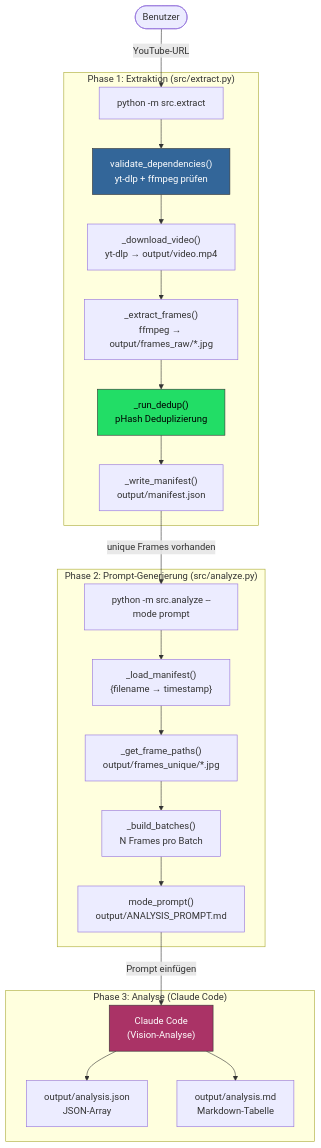
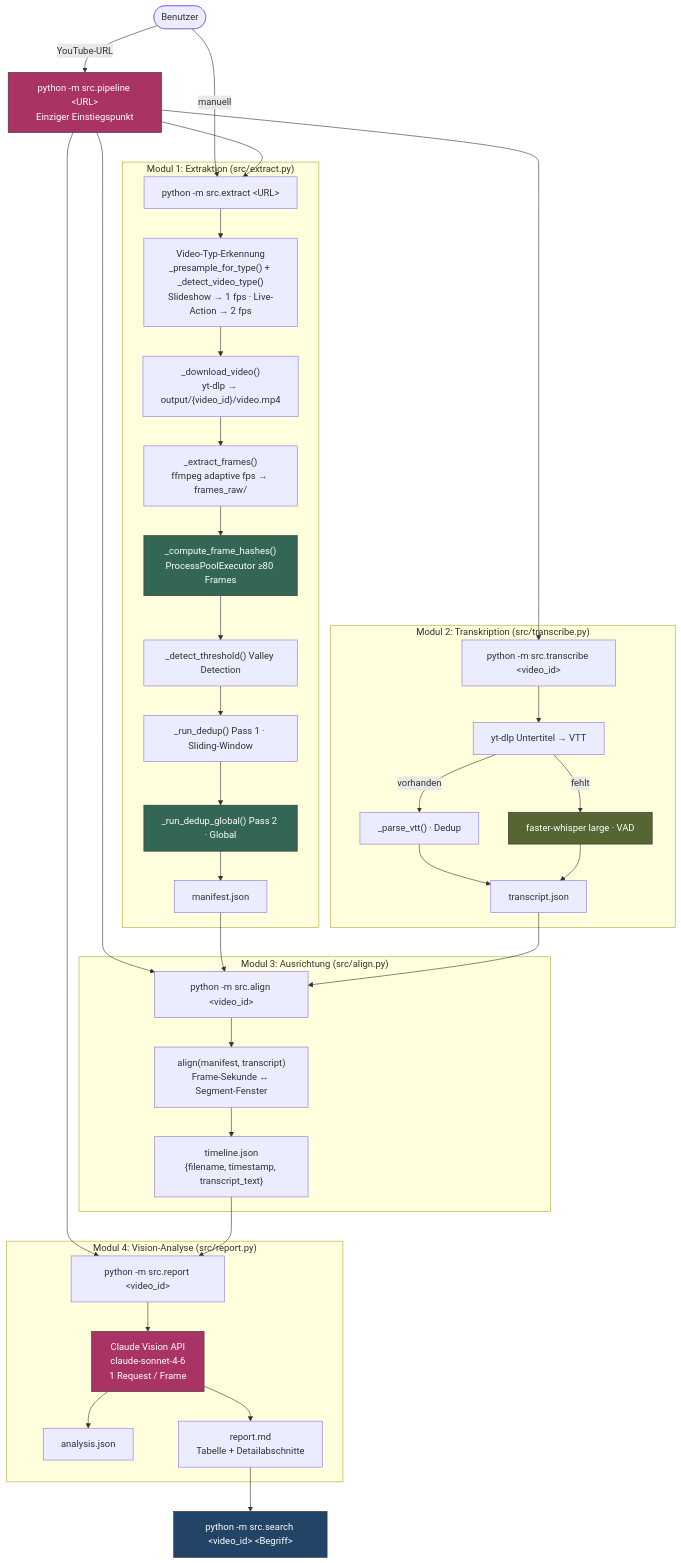
One commit to thomas0369/frame-sift changed the first of 7 diagrams in docs/architecture.md. Above: the diagram before and after it, drawn with Mermaid. The commit also changed other lines of this file and 14 other files, not shown here.

First line of the commit message:
feat: Pipeline-Implementierung mit Extraktion, Transkription, Ausrichtung und Analyse

````diff
--- a/docs/architecture.md
+++ b/docs/architecture.md
@@ -5,32 +5,51 @@
 ```mermaid
 flowchart TD
-    USER(["Benutzer"]) -->|"YouTube-URL"| EXTRACT["python -m src.extract"]
+    USER(["Benutzer"]) -->|"YouTube-URL"| PIPE["python -m src.pipeline &lt;URL&gt;\nEinziger Einstiegspunkt"]
+    USER -->|"manuell"| EXTRACT["python -m src.extract &lt;URL&gt;"]
 
-    subgraph "Phase 1: Extraktion (src/extract.py)"
-        EXTRACT --> VALIDATE["validate_dependencies()<br/>yt-dlp + ffmpeg prüfen"]
-        VALIDATE --> DL["_download_video()<br/>yt-dlp → output/video.mp4"]
-        DL --> FRAMES["_extract_frames()<br/>ffmpeg → output/frames_raw/*.jpg"]
-        FRAMES --> DEDUP["_run_dedup()<br/>pHash Deduplizierung"]
-        DEDUP --> MANIFEST["_write_manifest()<br/>output/manifest.json"]
+    PIPE --> EXTRACT
+    PIPE --> TRANSCRIBE["python -m src.transcribe &lt;video_id&gt;"]
+    PIPE --> ALIGN["python -m src.align &lt;video_id&gt;"]
+    PIPE --> REPORT["python -m src.report &lt;video_id&gt;"]
+
+    subgraph "Modul 1: Extraktion (src/extract.py)"
+        EXTRACT --> VT["Video-Typ-Erkennung\n_presample_for_type() + _detect_video_type()\nSlideshow → 1 fps · Live-Action → 2 fps"]
+        VT --> DL["_download_video()\nyt-dlp → output/{video_id}/video.mp4"]
+        DL --> FR["_extract_frames()\nffmpeg adaptive fps → frames_raw/"]
+        FR --> PH["_compute_frame_hashes()\nProcessPoolExecutor ≥80 Frames"]
+        PH --> TH["_detect_threshold() Valley Detection"]
+        TH --> D1["_run_dedup() Pass 1 · Sliding-Window"]
+        D1 --> D2["_run_dedup_global() Pass 2 · Global"]
+        D2 --> MF["manifest.json"]
     end
 
-    MANIFEST -->|"unique Frames vorhanden"| ANALYZE["python -m src.analyze --mode prompt"]
-
-    subgraph "Phase 2: Prompt-Generierung (src/analyze.py)"
-        ANALYZE --> LOADM["_load_manifest()<br/>{filename → timestamp}"]
-        LOADM --> GETF["_get_frame_paths()<br/>output/frames_unique/*.jpg"]
-        GETF --> BATCH["_build_batches()<br/>N Frames pro Batch"]
-        BATCH --> PROMPT["mode_prompt()<br/>output/ANALYSIS_PROMPT.md"]
+    subgraph "Modul 2: Transkription (src/transcribe.py)"
+        TRANSCRIBE --> SUB["yt-dlp Untertitel → VTT"]
+        SUB -->|"vorhanden"| PARSE["_parse_vtt() · Dedup"]
+        SUB -->|"fehlt"| WH["faster-whisper large · VAD"]
+        PARSE & WH --> TR["transcript.json"]
     end
 
-    PROMPT -->|"Prompt einfügen"| CLAUDE["Claude Code<br/>(Vision-Analyse)"]
-
-    subgraph "Phase 3: Analyse (Claude Code)"
-        CLAUDE --> JSON["output/analysis.json<br/>JSON-Array"]
-        CLAUDE --> MD["output/analysis.md<br/>Markdown-Tabelle"]
+    subgraph "Modul 3: Ausrichtung (src/align.py)"
+        ALIGN --> ALG["align(manifest, transcript)\nFrame-Sekunde ↔ Segment-Fenster"]
+        ALG --> TL["timeline.json\n{filename, timestamp, transcript_text}"]
     end
 
-    style VALIDATE fill:#369,stroke:#333,color:#fff
-    style DEDUP fill:#2d6,stroke:#333,color:#000
-    style CLAUDE fill:#a36,stroke:#333,color:#fff
+    subgraph "Modul 4: Vision-Analyse (src/report.py)"
+        REPORT --> API["Claude Vision API\nclaude-sonnet-4-6\n1 Request / Frame"]
+        API --> AJ["analysis.json"]
+        API --> RM["report.md\nTabelle + Detailabschnitte"]
+    end
+
+    MF --> ALIGN
+    TR --> ALIGN
+    TL --> REPORT
+    RM --> SEARCH["python -m src.search &lt;video_id&gt; &lt;Begriff&gt;"]
+
+    style PIPE fill:#a36,stroke:#333,color:#fff
+    style PH fill:#365,stroke:#333,color:#fff
+    style D2 fill:#365,stroke:#333,color:#fff
+    style WH fill:#563,stroke:#333,color:#fff
+    style API fill:#a36,stroke:#333,color:#fff
+    style SEARCH fill:#246,stroke:#333,color:#fff
 ```
````
